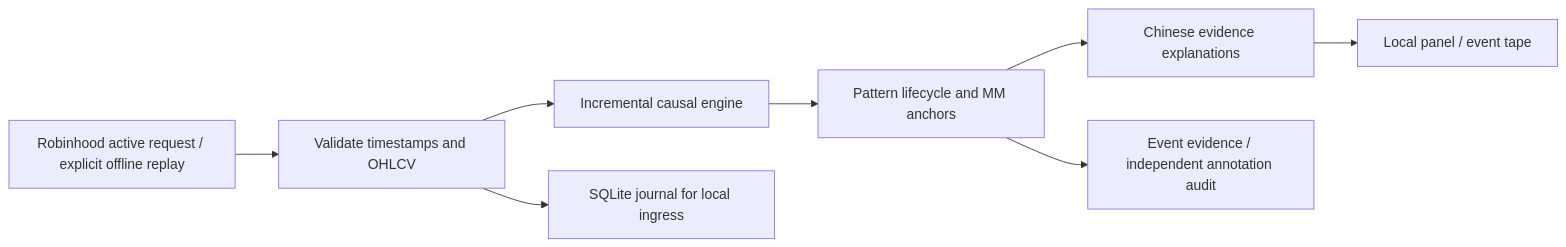
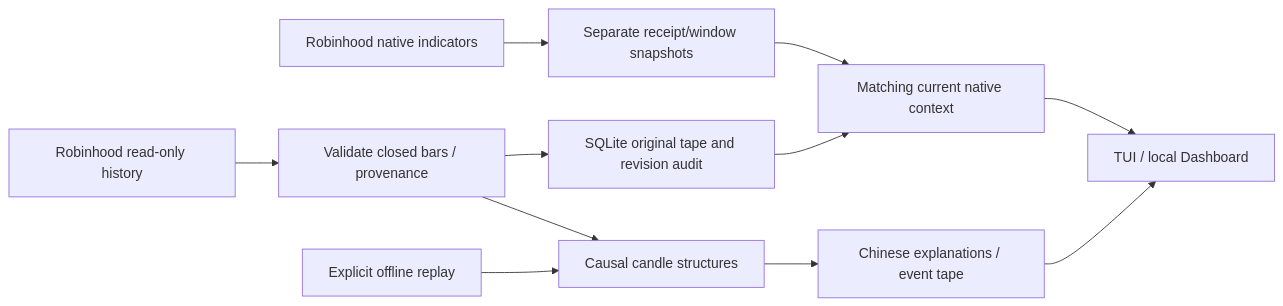
Before and after one commit to GordonBai/price-action-observer: the diagram in README.md, drawn with Mermaid. The commit also changed other lines of this file and 7 other files, not shown here.

````diff
--- a/README.md
+++ b/README.md
@@ -112,10 +121,13 @@
 ```mermaid
 flowchart LR
-  A[Robinhood active request / explicit offline replay] --> B[Validate timestamps and OHLCV]
-  B --> C[Incremental causal engine]
-  B --> J[SQLite journal for local ingress]
-  C --> D[Pattern lifecycle and MM anchors]
-  D --> E[Chinese evidence explanations]
-  E --> F[Local panel / event tape]
-  D --> G[Event evidence / independent annotation audit]
+  A[Robinhood read-only history] --> B[Validate closed bars / provenance]
+  B --> C[Causal candle structures]
+  B --> J[SQLite original tape and revision audit]
+  N[Robinhood native indicators] --> S[Separate receipt/window snapshots]
+  S --> I[Matching current native context]
+  J --> I
+  C --> E[Chinese explanations / event tape]
+  I --> V[TUI / local Dashboard]
+  E --> V
+  R[Explicit offline replay] --> C
 ```
````
